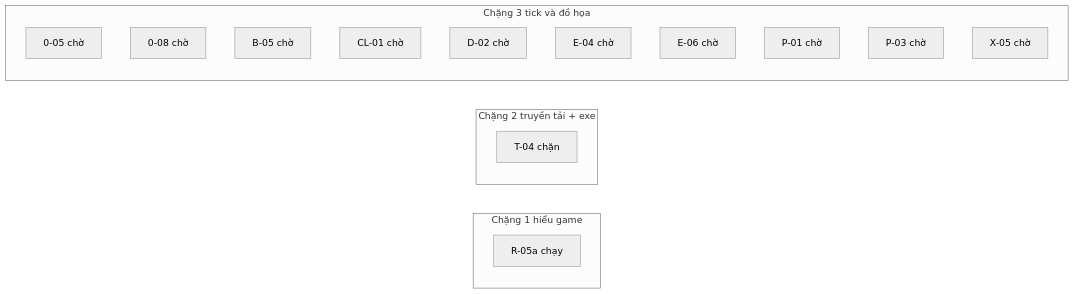
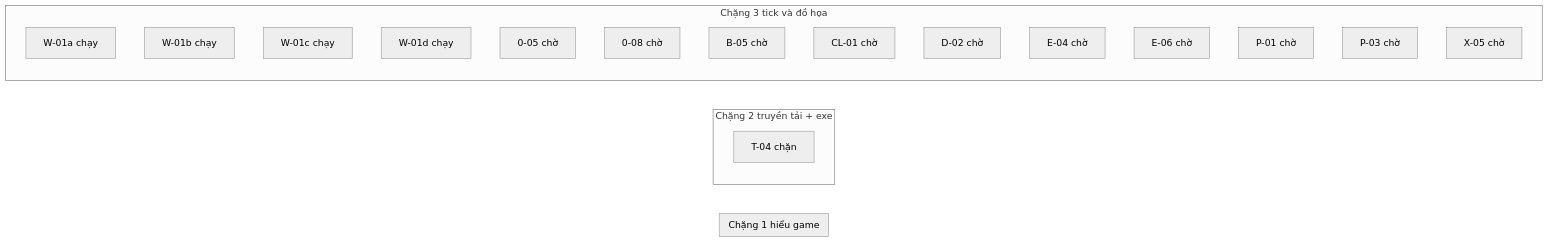
One commit to ndtangoss-dev/jx1-reports changed the diagram in JX1_OPS/STATE/TIEN-DO.md. Above: the diagram before and after it, drawn with Mermaid (neutral theme). The commit also changed other lines of this file and 3 other files, not shown here.

````diff
--- a/JX1_OPS/STATE/TIEN-DO.md
+++ b/JX1_OPS/STATE/TIEN-DO.md
@@ -9,21 +9,24 @@
 ```mermaid
 flowchart LR
   subgraph S1["Chặng 1 hiểu game"]
-    R_05a["R-05a chạy"]
   end
   subgraph S2["Chặng 2 truyền tải + exe"]
     T_04["T-04 chặn"]
   end
   subgraph S3["Chặng 3 tick và đồ họa"]
+    W_01a["W-01a chạy"]
+    W_01b["W-01b chạy"]
+    W_01c["W-01c chạy"]
+    W_01d["W-01d chạy"]
     0_05["0-05 chờ"]
     0_08["0-08 chờ"]
     B_05["B-05 chờ"]
     CL_01["CL-01 chờ"]
     D_02["D-02 chờ"]
     E_04["E-04 chờ"]
     E_06["E-06 chờ"]
     P_01["P-01 chờ"]
     P_03["P-03 chờ"]
     X_05["X-05 chờ"]
   end
 ```
````
